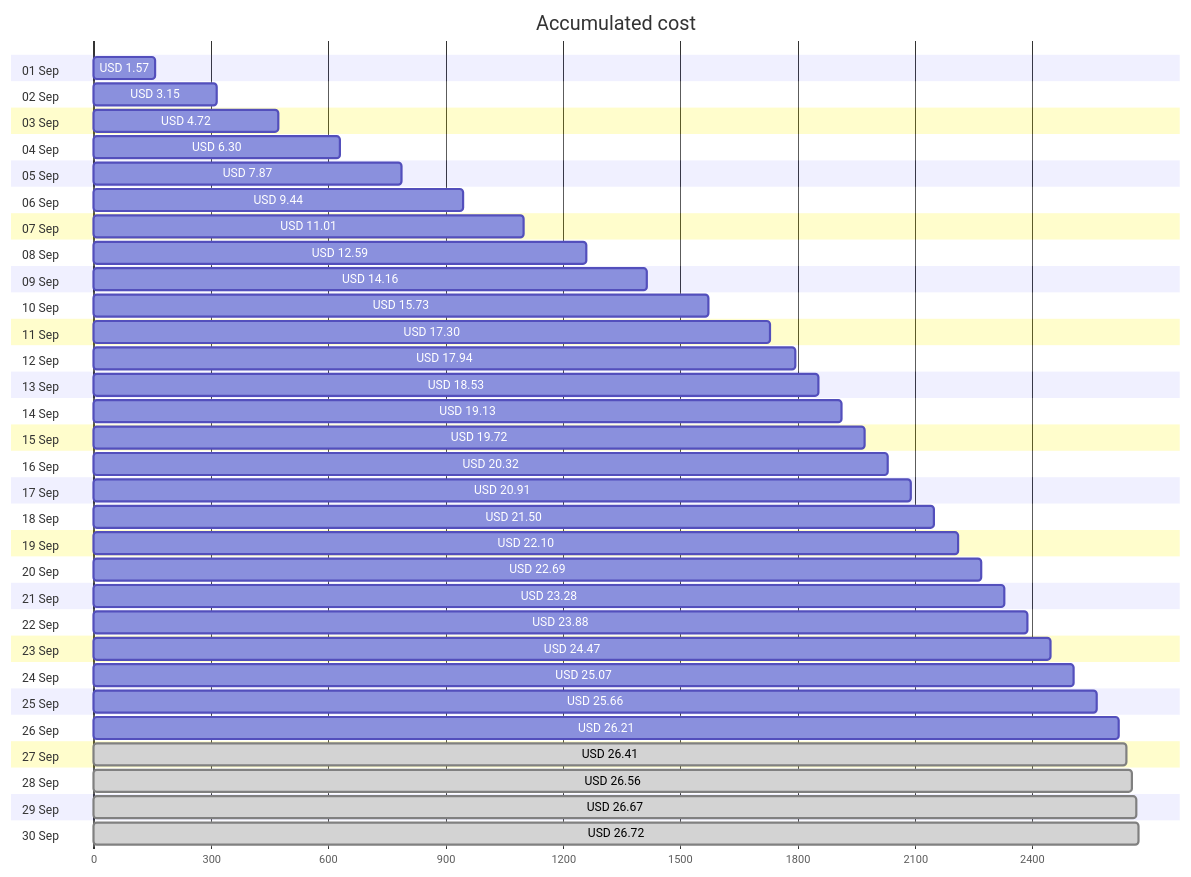
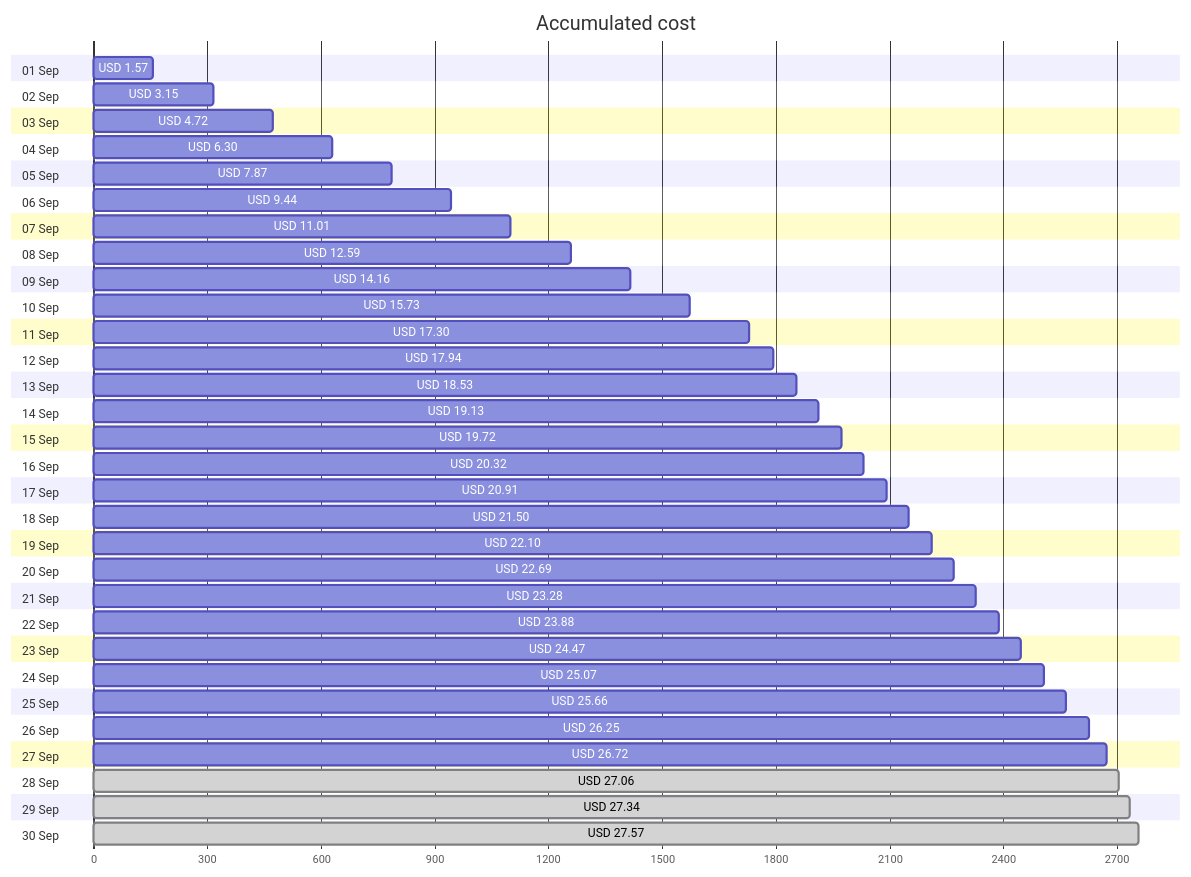
The first of 4 diagrams in cost-reports/personal-site/README.md (jpfulton/azure-personal-reports), drawn with Mermaid before and after one commit. The commit also changed other lines of this file and 7 other files, not shown here.

````diff
--- a/cost-reports/personal-site/README.md
+++ b/cost-reports/personal-site/README.md
@@ -20,66 +20,66 @@
 ```mermaid
 gantt
    title Accumulated cost
    dateFormat  X
    axisFormat %s
    section 01 Sep
    USD 1.57 :0, 157
    section 02 Sep
    USD 3.15 :0, 315
    section 03 Sep
    USD 4.72 :0, 472
    section 04 Sep
    USD 6.30 :0, 630
    section 05 Sep
    USD 7.87 :0, 787
    section 06 Sep
    USD 9.44 :0, 944
    section 07 Sep
    USD 11.01 :0, 1101
    section 08 Sep
    USD 12.59 :0, 1259
    section 09 Sep
    USD 14.16 :0, 1416
    section 10 Sep
    USD 15.73 :0, 1573
    section 11 Sep
    USD 17.30 :0, 1730
    section 12 Sep
    USD 17.94 :0, 1794
    section 13 Sep
    USD 18.53 :0, 1853
    section 14 Sep
    USD 19.13 :0, 1913
    section 15 Sep
    USD 19.72 :0, 1972
    section 16 Sep
    USD 20.32 :0, 2032
    section 17 Sep
    USD 20.91 :0, 2091
    section 18 Sep
    USD 21.50 :0, 2150
    section 19 Sep
    USD 22.10 :0, 2210
    section 20 Sep
    USD 22.69 :0, 2269
    section 21 Sep
    USD 23.28 :0, 2328
    section 22 Sep
    USD 23.88 :0, 2388
    section 23 Sep
    USD 24.47 :0, 2447
    section 24 Sep
    USD 25.07 :0, 2507
    section 25 Sep
    USD 25.66 :0, 2566
    section 26 Sep
-   USD 26.21 :0, 2621
+   USD 26.25 :0, 2625
    section 27 Sep
-   USD 26.41 : done, 0, 2641
+   USD 26.72 :0, 2672
    section 28 Sep
-   USD 26.56 : done, 0, 2656
+   USD 27.06 : done, 0, 2706
    section 29 Sep
-   USD 26.67 : done, 0, 2667
+   USD 27.34 : done, 0, 2734
    section 30 Sep
-   USD 26.72 : done, 0, 2672
+   USD 27.57 : done, 0, 2757
 ```
````
